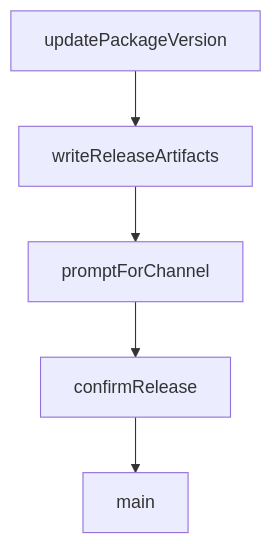
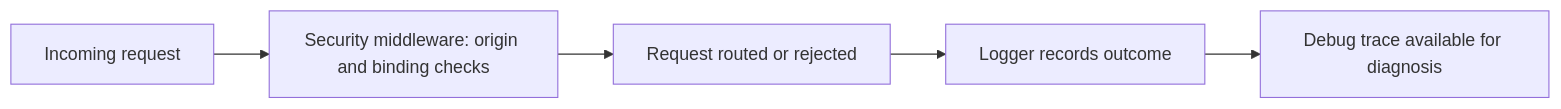
Before and after one commit to johnxie/awesome-code-docs: the diagram in tutorials/stagewise-tutorial/07-troubleshooting-security-and-operations.md, drawn with Mermaid. The commit also changed other lines of this file and 1232 other files, not shown here.

````diff
--- a/tutorials/stagewise-tutorial/07-troubleshooting-security-and-operations.md
+++ b/tutorials/stagewise-tutorial/07-troubleshooting-security-and-operations.md
@@ -218,12 +61,7 @@
 ```mermaid
-flowchart TD
-    A[updatePackageVersion]
-    B[writeReleaseArtifacts]
-    C[promptForChannel]
-    D[confirmRelease]
-    E[main]
-    A --> B
-    B --> C
-    C --> D
-    D --> E
+flowchart LR
+    A[Incoming request] --> B[Security middleware: origin and binding checks]
+    B --> C[Request routed or rejected]
+    C --> D[Logger records outcome]
+    D --> E[Debug trace available for diagnosis]
 ```
````
